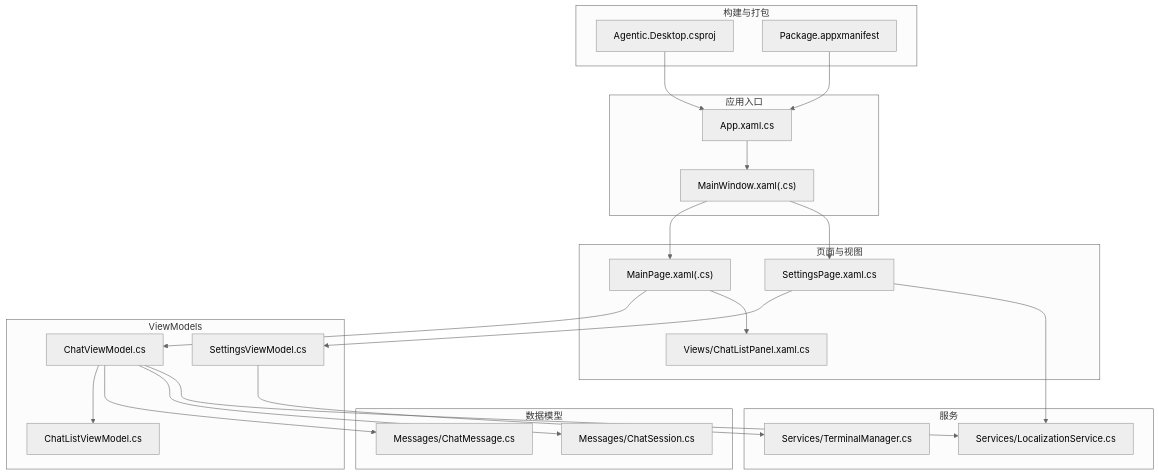
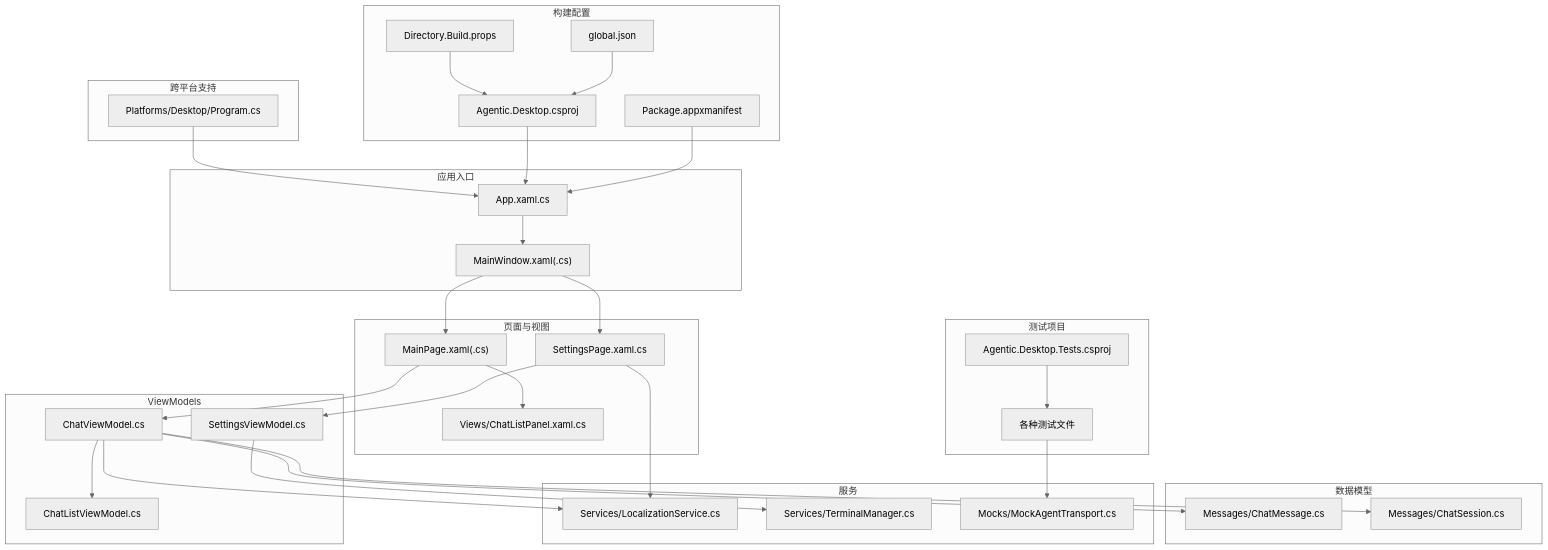
Before and after one commit to AgenticDesktop/App: the first of 6 diagrams in .qoder/repowiki/zh/content/开发指南/项目结构/项目结构.md, drawn with Mermaid (neutral theme). The commit also changed other lines of this file and 108 other files, not shown here.

First line of the commit message:
Add support for Uno Desktop and WinUI 3 build scripts

````diff
--- a/.qoder/repowiki/zh/content/开发指南/项目结构/项目结构.md
+++ b/.qoder/repowiki/zh/content/开发指南/项目结构/项目结构.md
@@ -63,43 +89,58 @@
 ```mermaid
 graph TB
 subgraph "应用入口"
 APP["App.xaml.cs"]
 WIN["MainWindow.xaml(.cs)"]
 end
 subgraph "页面与视图"
 MAIN["MainPage.xaml(.cs)"]
 SET["SettingsPage.xaml.cs"]
 CHATLIST["Views/ChatListPanel.xaml.cs"]
 end
 subgraph "ViewModels"
 CVM["ChatViewModel.cs"]
 CLVM["ChatListViewModel.cs"]
 SVM["SettingsViewModel.cs"]
 end
 subgraph "数据模型"
 MSG["Messages/ChatMessage.cs"]
 SES["Messages/ChatSession.cs"]
 end
 subgraph "服务"
 LOC["Services/LocalizationService.cs"]
 TERM["Services/TerminalManager.cs"]
+MOCK["Mocks/MockAgentTransport.cs"]
 end
-subgraph "构建与打包"
+subgraph "跨平台支持"
+DESKTOP["Platforms/Desktop/Program.cs"]
+end
+subgraph "构建配置"
 PROJ["Agentic.Desktop.csproj"]
+DIRBUILD["Directory.Build.props"]
+GLOBAL["global.json"]
 MAN["Package.appxmanifest"]
+end
+subgraph "测试项目"
+TESTPROJ["Agentic.Desktop.Tests.csproj"]
+TESTS["各种测试文件"]
 end
 APP --> WIN
 WIN --> MAIN
 WIN --> SET
 MAIN --> CVM
 MAIN --> CHATLIST
 CVM --> CLVM
 CVM --> MSG
 CVM --> SES
 SET --> SVM
 SVM --> TERM
 CVM --> LOC
 SET --> LOC
+DESKTOP --> APP
 PROJ --> APP
+DIRBUILD --> PROJ
+GLOBAL --> PROJ
 MAN --> APP
+TESTPROJ --> TESTS
+TESTS --> MOCK
 ```
````
